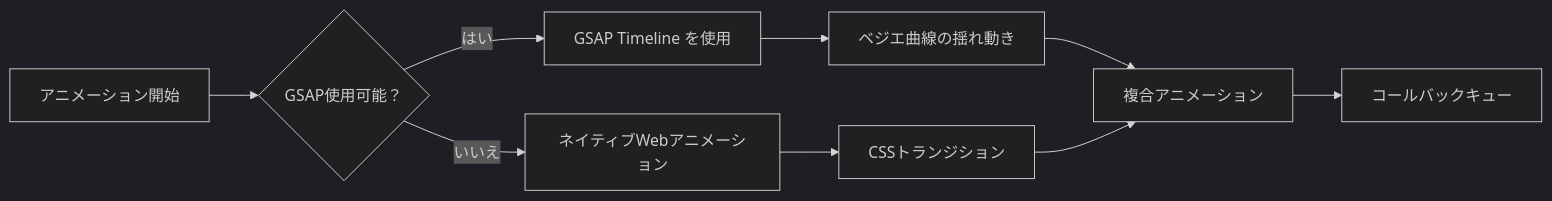
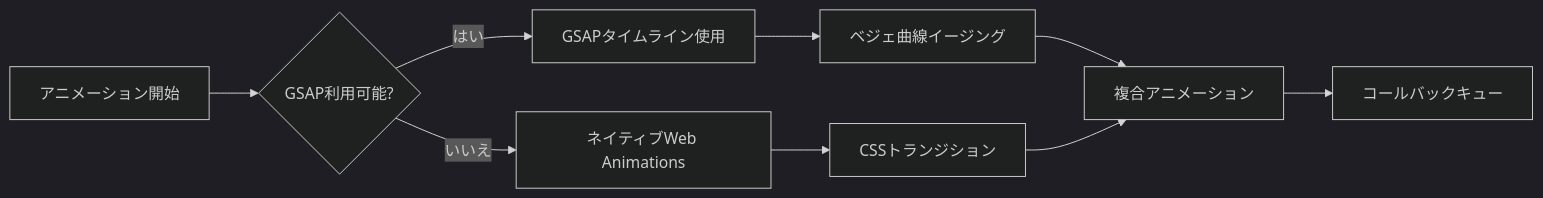
One commit to linyaocrush/DLsite-Purchase-Analyzer changed the sixth of 6 diagrams in README-JP.md. Above: the diagram before and after it, drawn with Mermaid (dark theme). The commit also changed other lines of this file, not shown here.

````diff
--- a/README-JP.md
+++ b/README-JP.md
@@ -401,11 +381,11 @@
 ```mermaid
 graph LR
-    A[アニメーション開始] --> B{GSAP使用可能？}
-    B -->|はい| C[GSAP Timeline を使用]
-    B -->|いいえ| D[ネイティブWebアニメーション]
-    C --> E[ベジエ曲線の揺れ動き]
+    A[アニメーション開始] --> B{GSAP利用可能?}
+    B -->|はい| C[GSAPタイムライン使用]
+    B -->|いいえ| D[ネイティブWeb Animations]
+    C --> E[ベジェ曲線イージング]
     D --> F[CSSトランジション]
     E --> G[複合アニメーション]
     F --> G
     G --> H[コールバックキュー]
 ```
````
